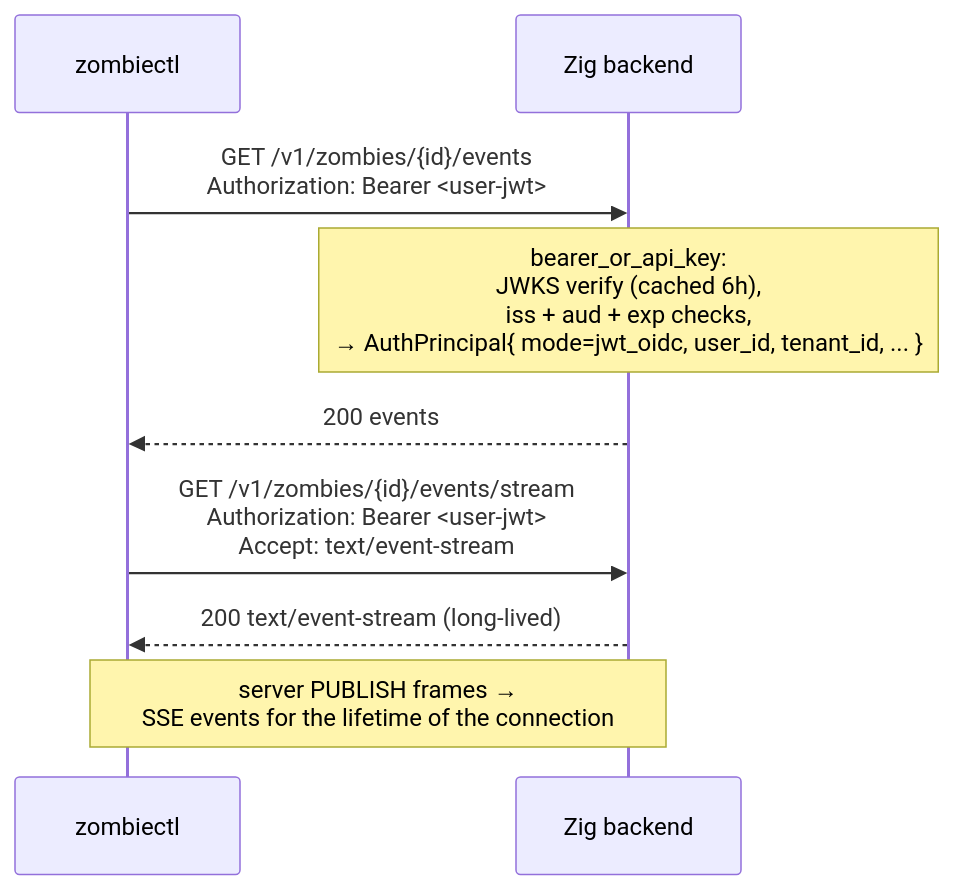
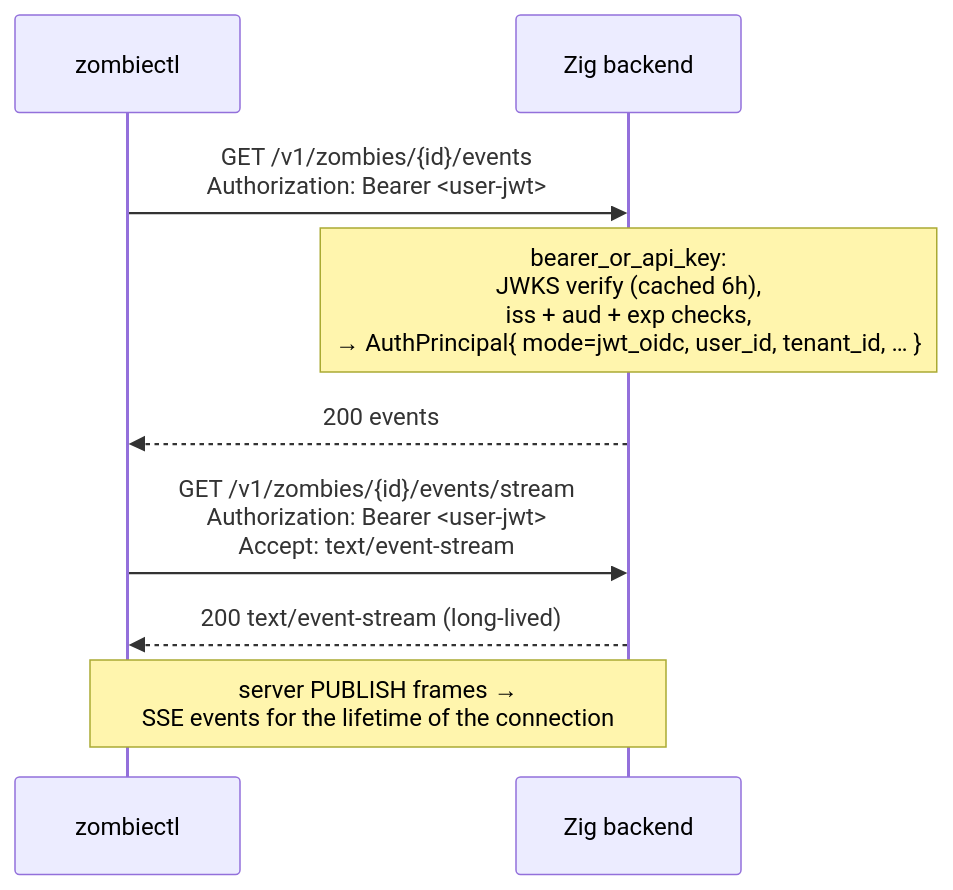
The second of 8 diagrams in docs/AUTH.md (usezombie/usezombie), drawn with Mermaid before and after one commit. The commit also changed other lines of this file, not shown here.

First line of the commit message:
docs(m74-002): rewrite AUTH.md — Flow 1 device flow + threat model + ASCII

````diff
--- a/docs/AUTH.md
+++ b/docs/AUTH.md
@@ -100,13 +336,13 @@
 ```mermaid
 sequenceDiagram
     participant CLI as zombiectl
     participant API as Zig backend
 
     CLI->>API: GET /v1/zombies/{id}/events<br/>Authorization: Bearer <user-jwt>
-    Note over API: bearer_or_api_key:<br/>JWKS verify (cached 6h),<br/>iss + aud + exp checks,<br/>→ AuthPrincipal{ mode=jwt_oidc, user_id, tenant_id, ... }
+    Note over API: bearer_or_api_key:<br/>JWKS verify (cached 6h),<br/>iss + aud + exp checks,<br/>→ AuthPrincipal{ mode=jwt_oidc, user_id, tenant_id, … }
     API-->>CLI: 200 events
 
     CLI->>API: GET /v1/zombies/{id}/events/stream<br/>Authorization: Bearer <user-jwt><br/>Accept: text/event-stream
     API-->>CLI: 200 text/event-stream (long-lived)
     Note over CLI,API: server PUBLISH frames →<br/>SSE events for the lifetime of the connection
 ```
````
